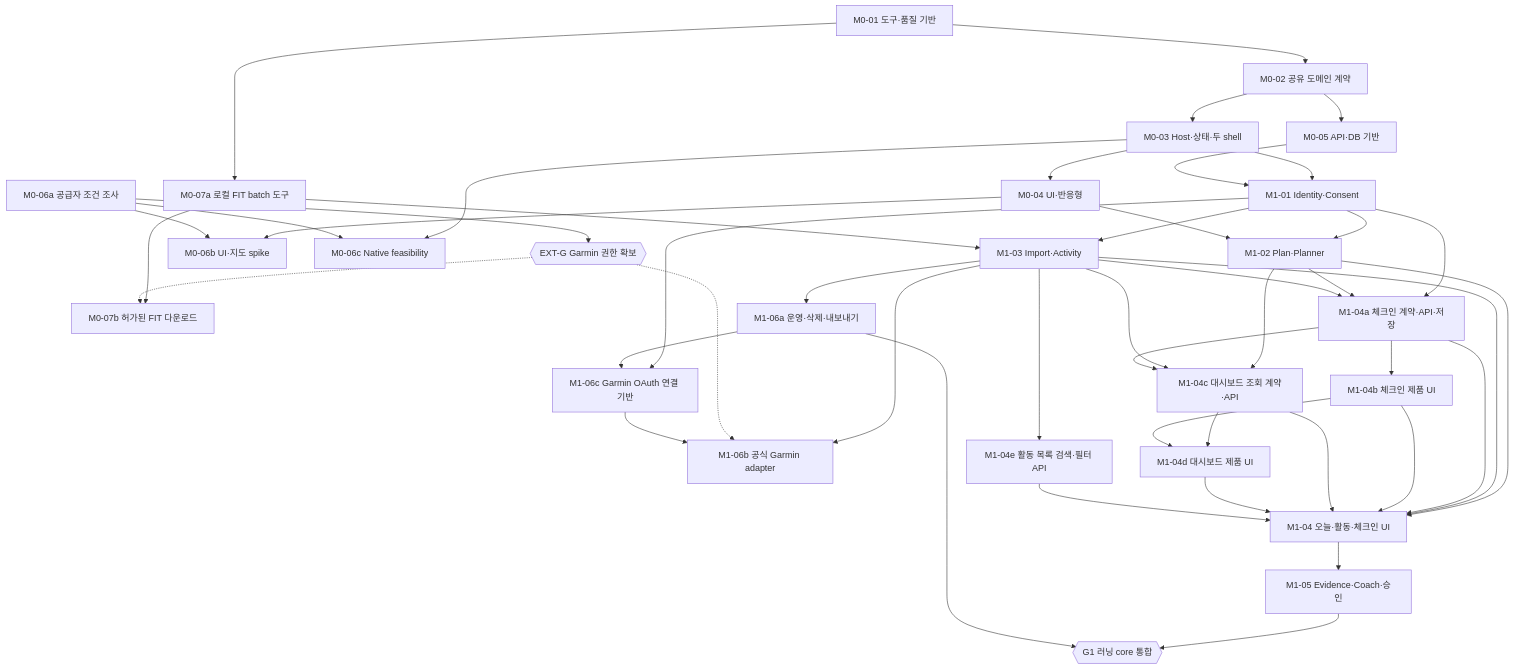
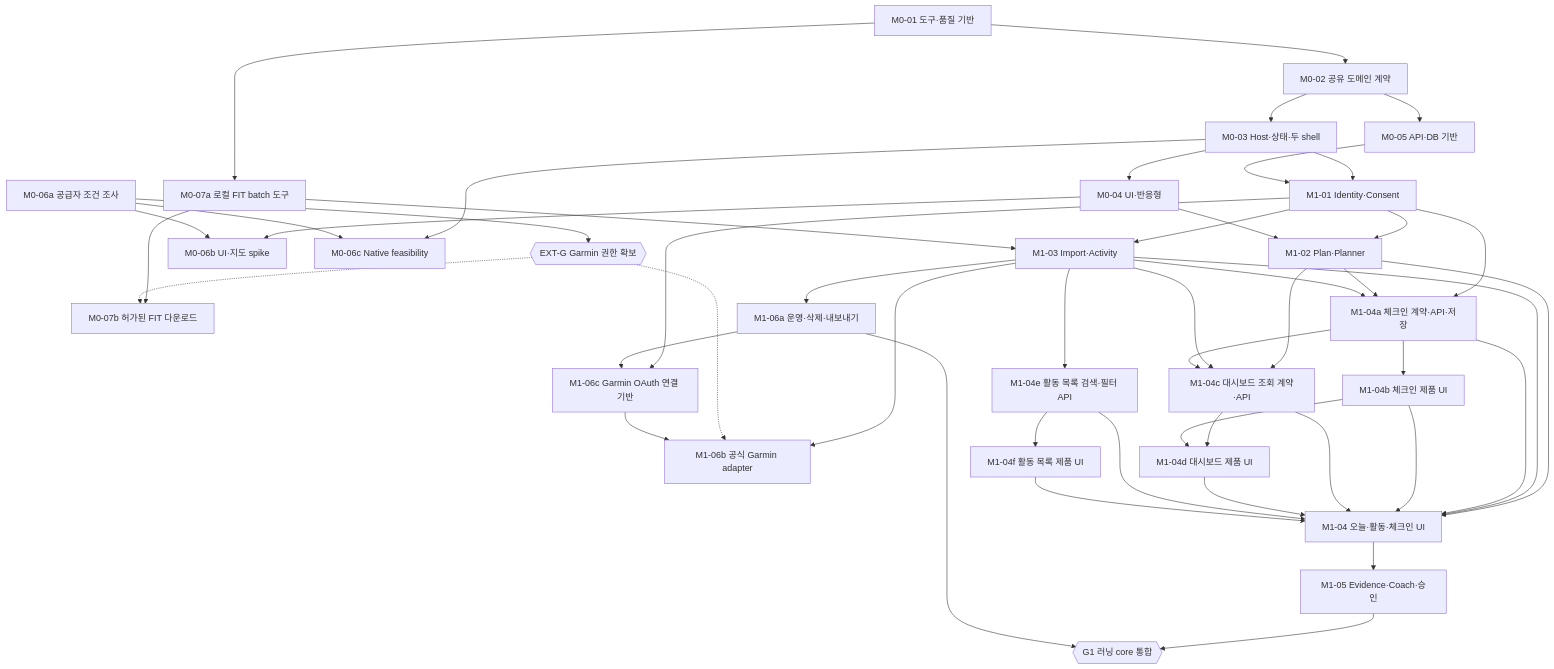
The first of 3 diagrams in docs/implementation/task-graph.md (peacecheejecake/workout-manager), drawn with Mermaid before and after one commit. The commit also changed other lines of this file and 14 other files, not shown here.

First line of the commit message:
feat(activities): add URL-driven activity browser

````diff
--- a/docs/implementation/task-graph.md
+++ b/docs/implementation/task-graph.md
@@ -18,72 +18,75 @@
 ```mermaid
 flowchart TD
     task0["M0-01 도구·품질 기반"]
     task1["M0-02 공유 도메인 계약"]
     task2["M0-03 Host·상태·두 shell"]
     task3["M0-04 UI·반응형"]
     task4["M0-05 API·DB 기반"]
     task5["M0-06a 공급자 조건 조사"]
     task6{{"EXT-G Garmin 권한 확보"}}
     task7["M0-06b UI·지도 spike"]
     task8["M0-06c Native feasibility"]
     task9["M0-07a 로컬 FIT batch 도구"]
     task10["M0-07b 허가된 FIT 다운로드"]
     task11["M1-01 Identity·Consent"]
     task12["M1-02 Plan·Planner"]
     task13["M1-03 Import·Activity"]
     task14["M1-04 오늘·활동·체크인 UI"]
     task15["M1-05 Evidence·Coach·승인"]
     task16["M1-06a 운영·삭제·내보내기"]
     task17["M1-06b 공식 Garmin adapter"]
     garminOAuth["M1-06c Garmin OAuth 연결 기반"]
     task18{{"G1 러닝 core 통합"}}
     task0 --> task1
     task1 --> task2
     task2 --> task3
     task1 --> task4
     task5 --> task6
     task3 --> task7
     task5 --> task7
     task2 --> task8
     task5 --> task8
     task0 --> task9
     task9 --> task10
     task6 -.-> task10
     task2 --> task11
     task4 --> task11
     task11 --> task12
     task3 --> task12
     task11 --> task13
     task9 --> task13
     task12 --> task14
     task13 --> task14
     checkins["M1-04a 체크인 계약·API·저장"]
     task11 --> checkins
     task12 --> checkins
     task13 --> checkins
     checkins --> task14
     wellbeing["M1-04b 체크인 제품 UI"]
     checkins --> wellbeing
     wellbeing --> task14
     dashboardApi["M1-04c 대시보드 조회 계약·API"]
     task12 --> dashboardApi
     task13 --> dashboardApi
     checkins --> dashboardApi
     dashboardApi --> task14
     dashboardUi["M1-04d 대시보드 제품 UI"]
     dashboardApi --> dashboardUi
     wellbeing --> dashboardUi
     dashboardUi --> task14
     activityQuery["M1-04e 활동 목록 검색·필터 API"]
     task13 --> activityQuery
     activityQuery --> task14
+    activityBrowser["M1-04f 활동 목록 제품 UI"]
+    activityQuery --> activityBrowser
+    activityBrowser --> task14
     task14 --> task15
     task13 --> task16
     task13 --> task17
     task6 -.-> task17
     task11 --> garminOAuth
     task16 --> garminOAuth
     garminOAuth --> task17
     task15 --> task18
     task16 --> task18
 ```
````
